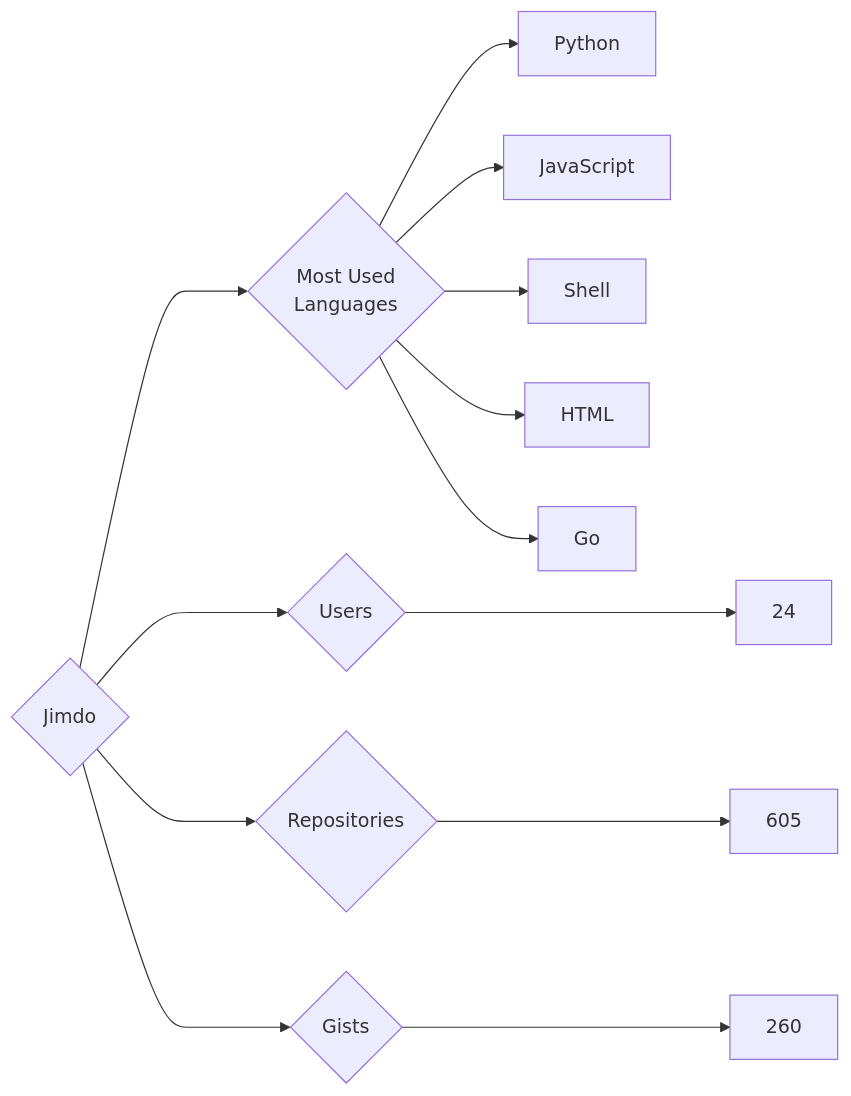
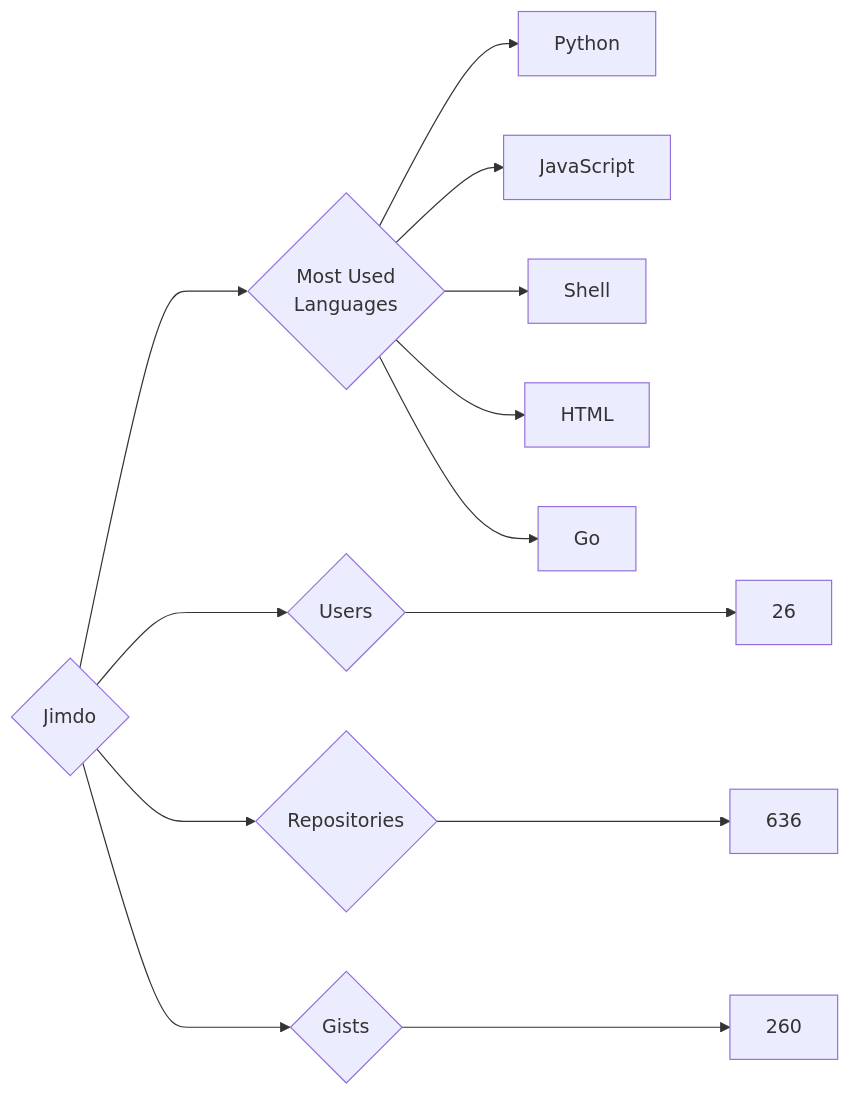
The diagram in targets/Jimdo/README.md (trickest/insiders), drawn with Mermaid before and after one commit. The commit also changed 682 other files, not shown here.

````diff
--- a/targets/Jimdo/README.md
+++ b/targets/Jimdo/README.md
@@ -3,13 +3,13 @@
 ```mermaid
 graph LR
 COMPANY_NAME{Jimdo}
-COMPANY_NAME ---> U{Users} ---> UN[24]
-COMPANY_NAME ---> R{Repositories} ---> RN[605]
+COMPANY_NAME ---> U{Users} ---> UN[26]
+COMPANY_NAME ---> R{Repositories} ---> RN[636]
 COMPANY_NAME ---> G{Gists} ---> GN[260]
 COMPANY_NAME ---> ML{Most Used<br>Languages}
 ML --> Python[Python]
 ML --> JavaScript[JavaScript]
 ML --> Shell[Shell]
 ML --> HTML[HTML]
 ML --> Go[Go]
 ```
````
